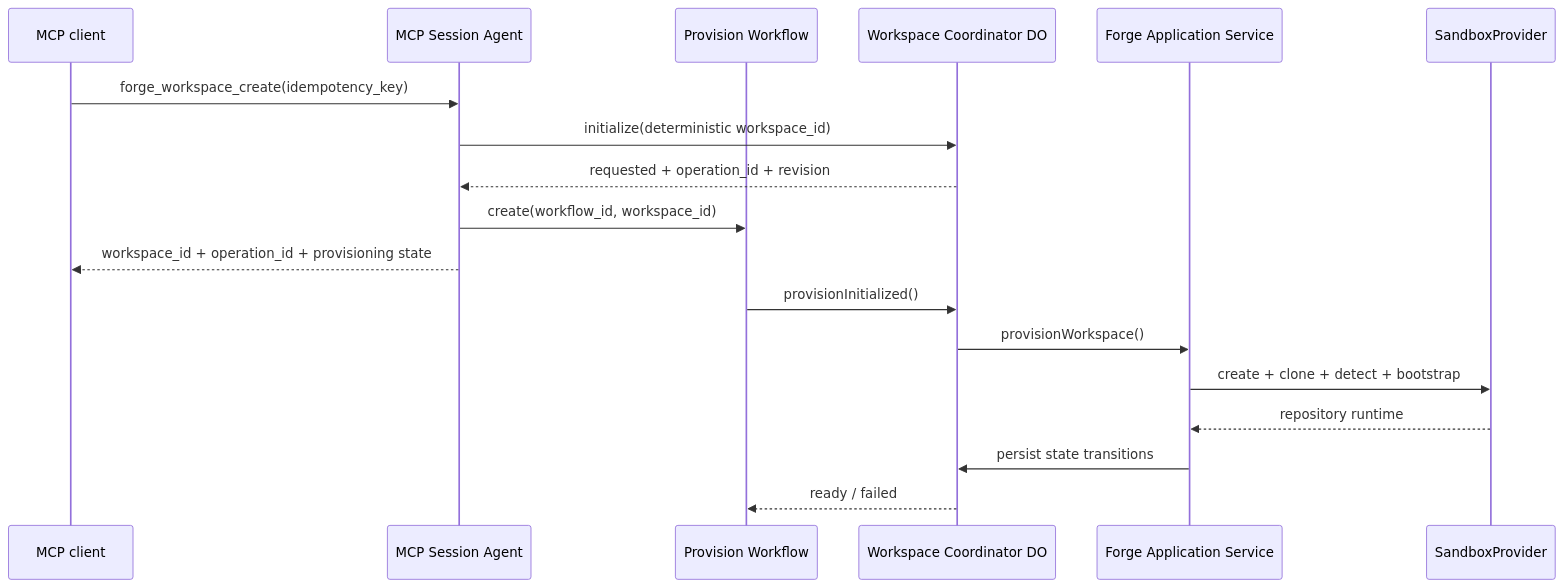
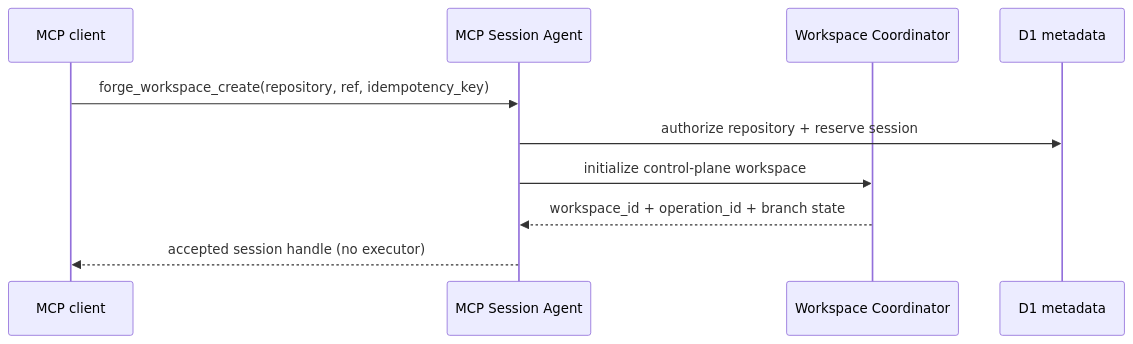
Before and after one commit to timc0y/forge-mcp: the first of 4 diagrams in docs/architecture/sequences.md, drawn with Mermaid. The commit also changed other lines of this file and 35 other files, not shown here.

````diff
--- a/docs/architecture/sequences.md
+++ b/docs/architecture/sequences.md
@@ -5,21 +5,13 @@
 ```mermaid
 sequenceDiagram
   participant C as MCP client
   participant M as MCP Session Agent
-  participant W as Provision Workflow
-  participant D as Workspace Coordinator DO
-  participant A as Forge Application Service
-  participant S as SandboxProvider
+  participant D as Workspace Coordinator
+  participant DB as D1 metadata
 
-  C->>M: forge_workspace_create(idempotency_key)
-  M->>D: initialize(deterministic workspace_id)
-  D-->>M: requested + operation_id + revision
-  M->>W: create(workflow_id, workspace_id)
-  M-->>C: workspace_id + operation_id + provisioning state
-  W->>D: provisionInitialized()
-  D->>A: provisionWorkspace()
-  A->>S: create + clone + detect + bootstrap
-  S-->>A: repository runtime
-  A->>D: persist state transitions
-  D-->>W: ready / failed
+  C->>M: forge_workspace_create(repository, ref, idempotency_key)
+  M->>DB: authorize repository + reserve session
+  M->>D: initialize control-plane workspace
+  D-->>M: workspace_id + operation_id + branch state
+  M-->>C: accepted session handle (no executor)
 ```
````
